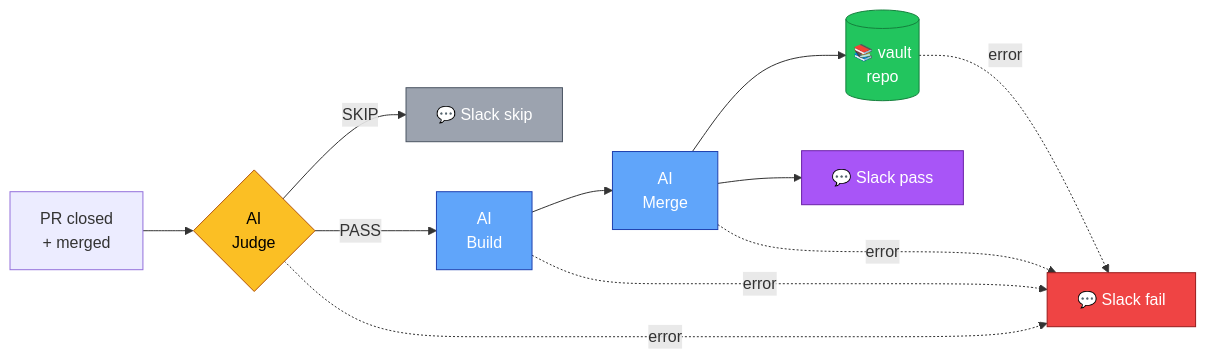
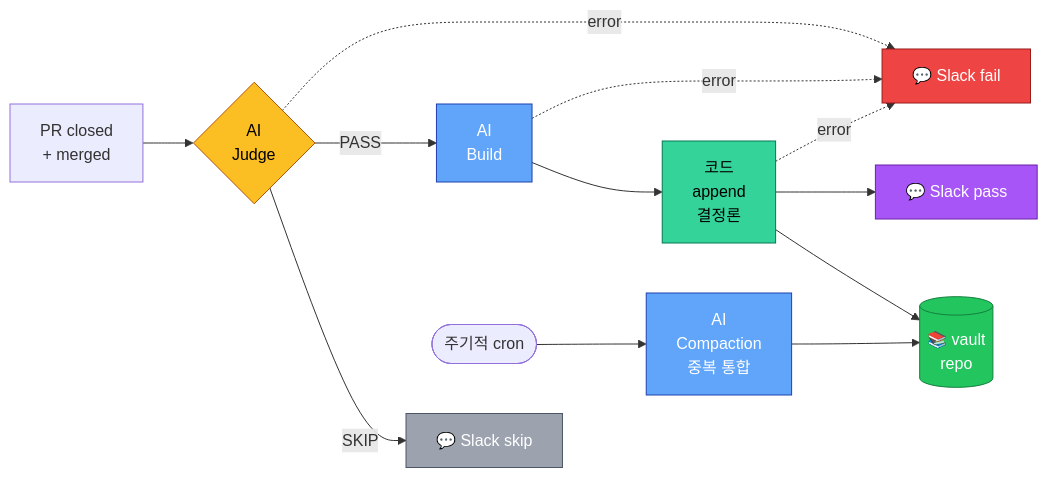
One commit to kimzeze/track-record changed the first of 3 diagrams in README.md. Above: the diagram before and after it, drawn with Mermaid. The commit also changed other lines of this file and 3 other files, not shown here.

First line of the commit message:
docs: 새 아키텍처(결정론 append + 컴팩션) 반영

````diff
--- a/README.md
+++ b/README.md
@@ -6,21 +6,24 @@
 ```mermaid
 flowchart LR
     PR[PR closed<br/>+ merged] --> Judge{AI<br/>Judge}
     Judge -->|SKIP| SkipSlack[💬 Slack skip]
     Judge -->|PASS| Build[AI<br/>Build]
-    Build --> Merge[AI<br/>Merge]
-    Merge --> Vault[(📚 vault<br/>repo)]
-    Merge --> Slack[💬 Slack pass]
+    Build --> Append[코드<br/>append<br/>결정론]
+    Append --> Vault[(📚 vault<br/>repo)]
+    Append --> Slack[💬 Slack pass]
     Judge -.->|error| FailSlack[💬 Slack fail]
     Build -.->|error| FailSlack
-    Merge -.->|error| FailSlack
-    Vault -.->|error| FailSlack
+    Append -.->|error| FailSlack
+
+    Cron([주기적 cron]) --> Compact[AI<br/>Compaction<br/>중복 통합]
+    Compact --> Vault
 
     style Judge fill:#fbbf24,stroke:#b45309,color:#000
     style Build fill:#60a5fa,stroke:#1e40af,color:#fff
-    style Merge fill:#60a5fa,stroke:#1e40af,color:#fff
+    style Append fill:#34d399,stroke:#047857,color:#000
+    style Compact fill:#60a5fa,stroke:#1e40af,color:#fff
     style Vault fill:#22c55e,stroke:#15803d,color:#fff
     style Slack fill:#a855f7,stroke:#6b21a8,color:#fff
     style SkipSlack fill:#9ca3af,stroke:#4b5563,color:#fff
     style FailSlack fill:#ef4444,stroke:#991b1b,color:#fff
 ```
````
